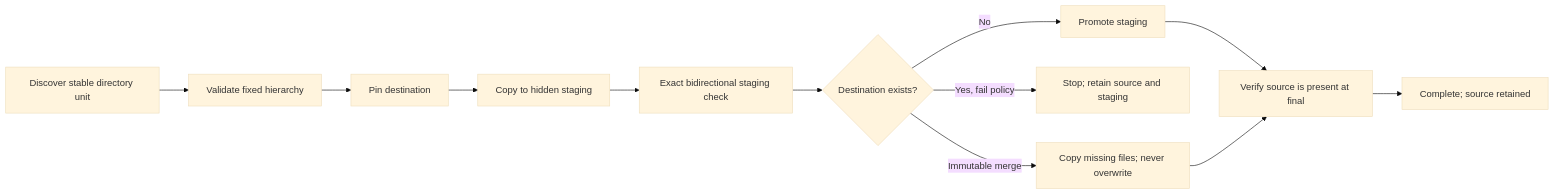
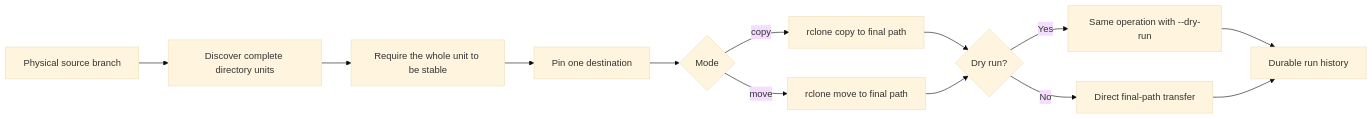
One commit to yuanweize/atomic-sync changed the diagram in README.md. Above: the diagram before and after it, drawn with Mermaid (base theme). The commit also changed other lines of this file and 34 other files, not shown here.

Commit message:
feat: release direct rclone copy and move engine

````diff
--- a/README.md
+++ b/README.md
@@ -32,14 +55,15 @@
 ```mermaid
 flowchart LR
-  A[Discover stable directory unit] --> B[Validate fixed hierarchy]
-  B --> C[Pin destination]
-  C --> D[Copy to hidden staging]
-  D --> E[Exact bidirectional staging check]
-  E --> F{Destination exists?}
-  F -->|No| G[Promote staging]
-  F -->|Yes, fail policy| X[Stop; retain source and staging]
-  F -->|Immutable merge| H[Copy missing files; never overwrite]
-  G --> I[Verify source is present at final]
-  H --> I
-  I --> J[Complete; source retained]
+  A[Physical source branch] --> B[Discover complete directory units]
+  B --> C[Require the whole unit to be stable]
+  C --> D[Pin one destination]
+  D --> E{Mode}
+  E -->|copy| F[rclone copy to final path]
+  E -->|move| G[rclone move to final path]
+  F --> H{Dry run?}
+  G --> H
+  H -->|Yes| I[Same operation with --dry-run]
+  H -->|No| J[Direct final-path transfer]
+  I --> K[Durable run history]
+  J --> K
 ```
````
